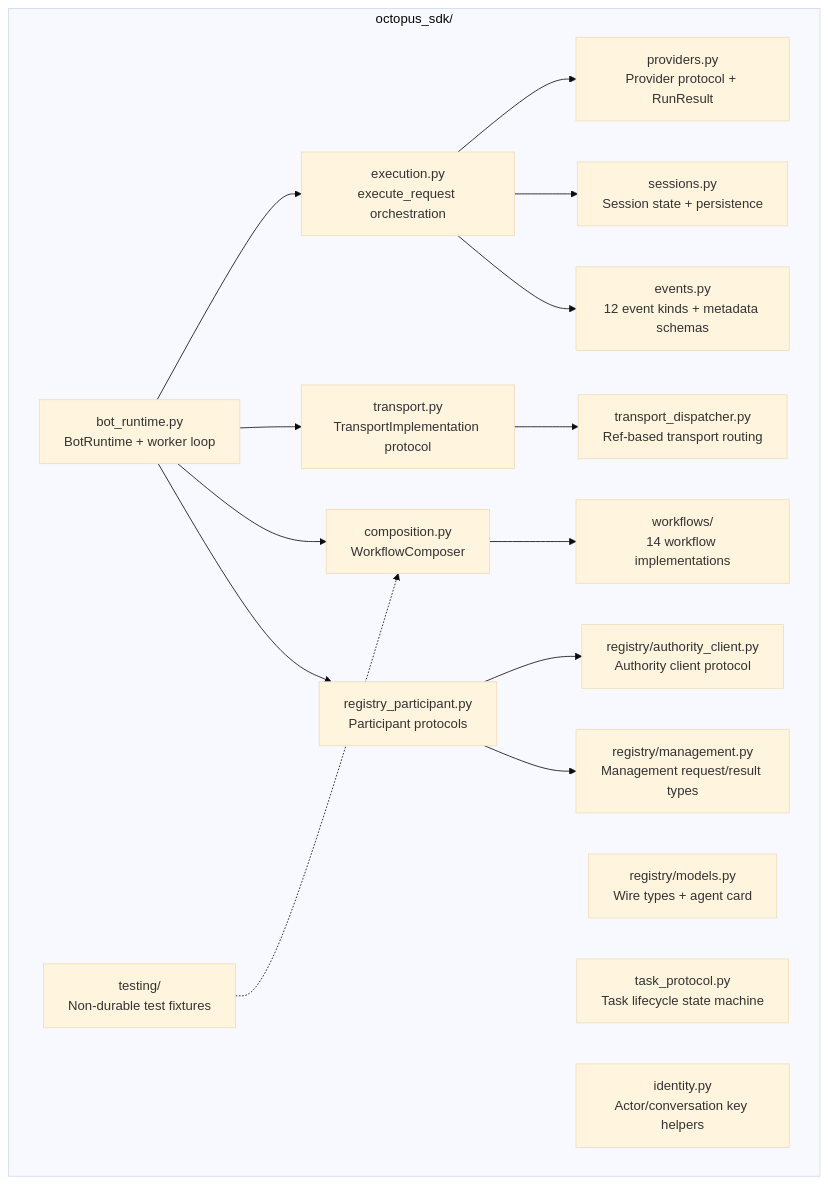
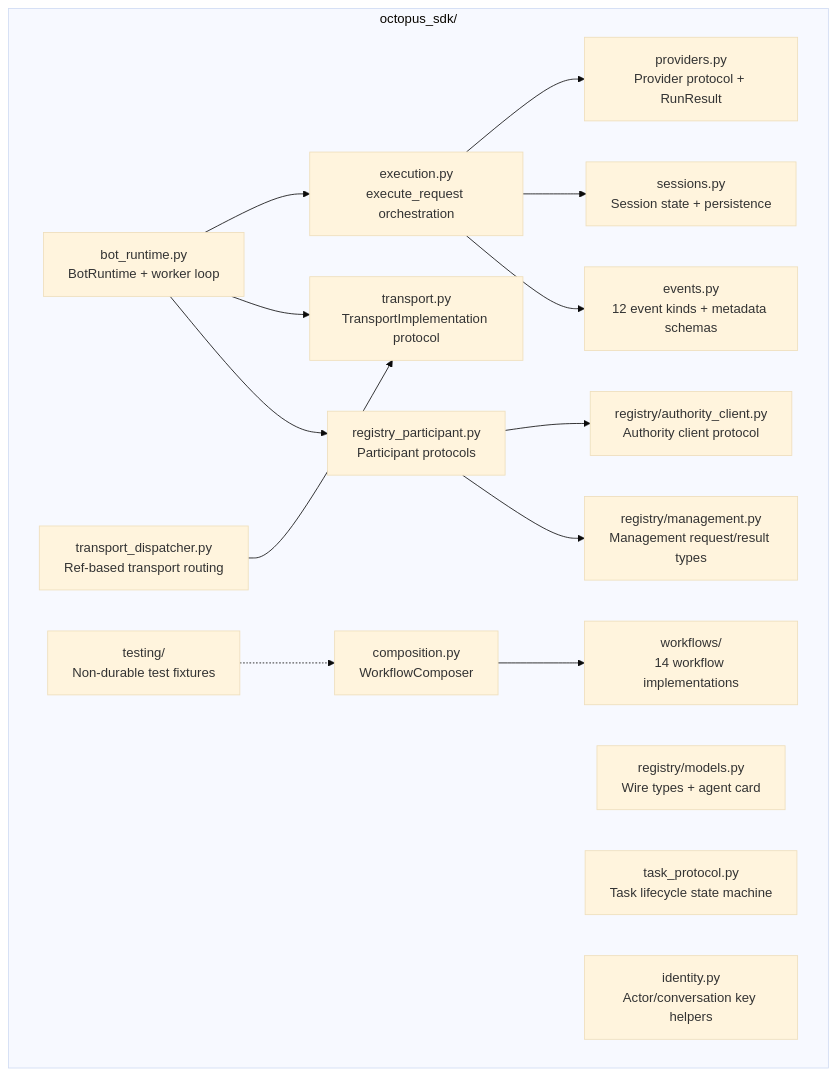
One commit to privacynow/octopus changed the fourth of 8 diagrams in ARCHITECTURE.md. Above: the diagram before and after it, drawn with Mermaid (base theme). The commit also changed other lines of this file and 1 other file, not shown here.

````diff
--- a/ARCHITECTURE.md
+++ b/ARCHITECTURE.md
@@ -179,34 +182,33 @@
 ```mermaid
 flowchart TB
     subgraph sdk ["octopus_sdk/"]
         runtime["bot_runtime.py<br/>BotRuntime + worker loop"]
         execution["execution.py<br/>execute_request orchestration"]
         transport["transport.py<br/>TransportImplementation protocol"]
         dispatcher["transport_dispatcher.py<br/>Ref-based transport routing"]
         participant["registry_participant.py<br/>Participant protocols"]
         authority_client["registry/authority_client.py<br/>Authority client protocol"]
         management["registry/management.py<br/>Management request/result types"]
         models["registry/models.py<br/>Wire types + agent card"]
         events["events.py<br/>12 event kinds + metadata schemas"]
         task_proto["task_protocol.py<br/>Task lifecycle state machine"]
         composition["composition.py<br/>WorkflowComposer"]
         sessions["sessions.py<br/>Session state + persistence"]
         identity["identity.py<br/>Actor/conversation key helpers"]
         providers["providers.py<br/>Provider protocol + RunResult"]
         workflows["workflows/<br/>14 workflow implementations"]
         testing["testing/<br/>Non-durable test fixtures"]
     end
 
     runtime --> execution
     runtime --> transport
-    runtime --> composition
     execution --> providers
     execution --> sessions
     execution --> events
+    dispatcher --> transport
     composition --> workflows
-    transport --> dispatcher
     runtime --> participant
     participant --> authority_client
     participant --> management
     testing -.-> composition
 ```
````
